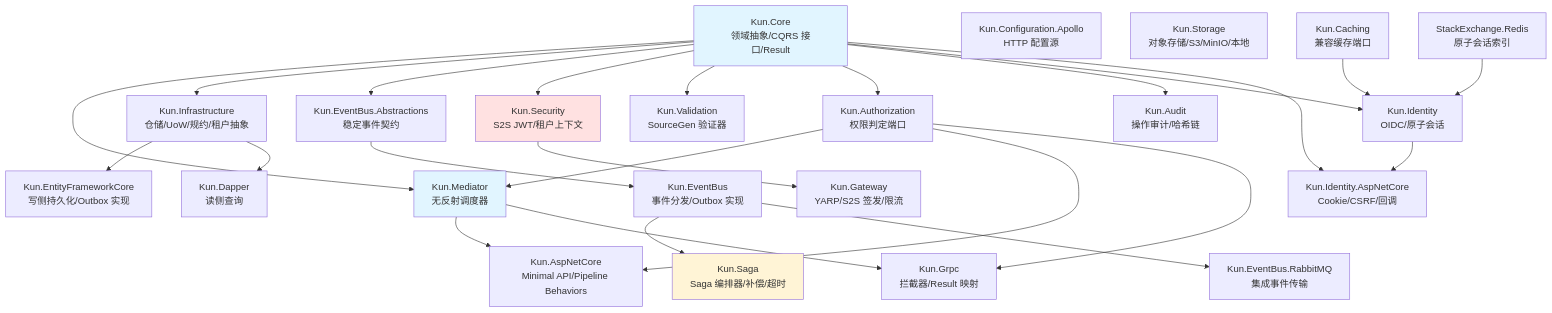
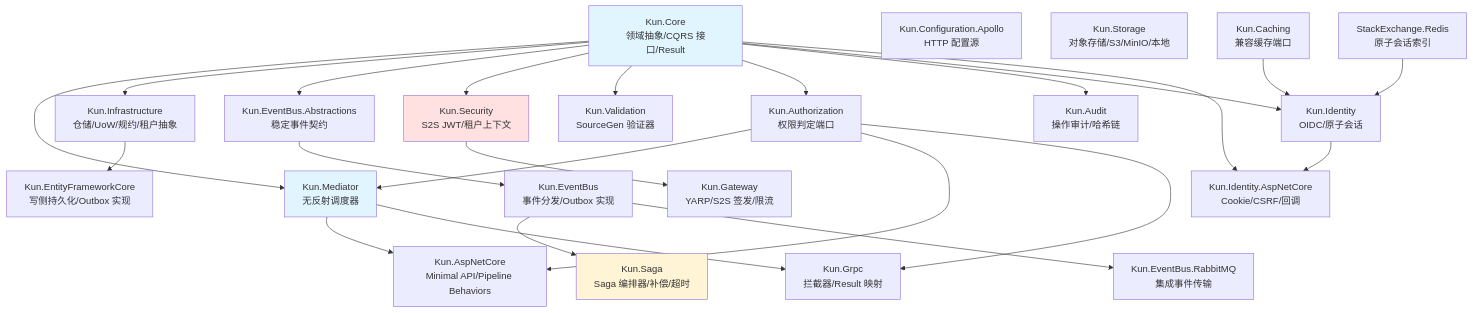
Before and after one commit to CavaiLAB/kun: the diagram in docs/design/module-map.md, drawn with Mermaid. The commit also changed other lines of this file and 9 other files, not shown here.

First line of the commit message:
docs: 读侧改写为直接用 Npgsql 数据源与 Dapper，归档名单标上 Kun.Dapper [S1-KUN-024]

````diff
--- a/docs/design/module-map.md
+++ b/docs/design/module-map.md
@@ -106,38 +108,37 @@
 ```mermaid
 graph TD
     Core[Kun.Core<br/>领域抽象/CQRS 接口/Result] --> Mediator[Kun.Mediator<br/>无反射调度器]
     Core --> Infra[Kun.Infrastructure<br/>仓储/UoW/规约/租户抽象]
     Core --> EventContracts[Kun.EventBus.Abstractions<br/>稳定事件契约]
     EventContracts --> EventBus[Kun.EventBus<br/>事件分发/Outbox 实现]
     Core --> Security[Kun.Security<br/>S2S JWT/租户上下文]
     Core --> Validation[Kun.Validation<br/>SourceGen 验证器]
     Core --> Authorization[Kun.Authorization<br/>权限判定端口]
     Authorization --> Mediator
     Authorization --> AspNet
     Authorization --> Grpc
     Apollo[Kun.Configuration.Apollo<br/>HTTP 配置源]
     Core --> Audit[Kun.Audit<br/>操作审计/哈希链]
 
     Infra --> EfCore[Kun.EntityFrameworkCore<br/>写侧持久化/Outbox 实现]
-    Infra --> Dapper[Kun.Dapper<br/>读侧查询]
 
     EventBus --> Saga[Kun.Saga<br/>Saga 编排器/补偿/超时]
     EventBus --> RabbitMq[Kun.EventBus.RabbitMQ<br/>集成事件传输]
 
     Storage[Kun.Storage<br/>对象存储/S3/MinIO/本地]
 
     Mediator --> AspNet[Kun.AspNetCore<br/>Minimal API/Pipeline Behaviors]
     Mediator --> Grpc[Kun.Grpc<br/>拦截器/Result 映射]
 
     Security --> Gateway[Kun.Gateway<br/>YARP/S2S 签发/限流]
     Core --> Identity[Kun.Identity<br/>OIDC/原子会话]
     Caching[Kun.Caching<br/>兼容缓存端口] --> Identity
     RedisClient[StackExchange.Redis<br/>原子会话索引] --> Identity
     Identity --> IdentityWeb[Kun.Identity.AspNetCore<br/>Cookie/CSRF/回调]
     Core --> IdentityWeb
 
     style Core fill:#e1f5ff
     style Mediator fill:#e1f5ff
     style Security fill:#ffe1e1
     style Saga fill:#fff4d6
 ```
````
